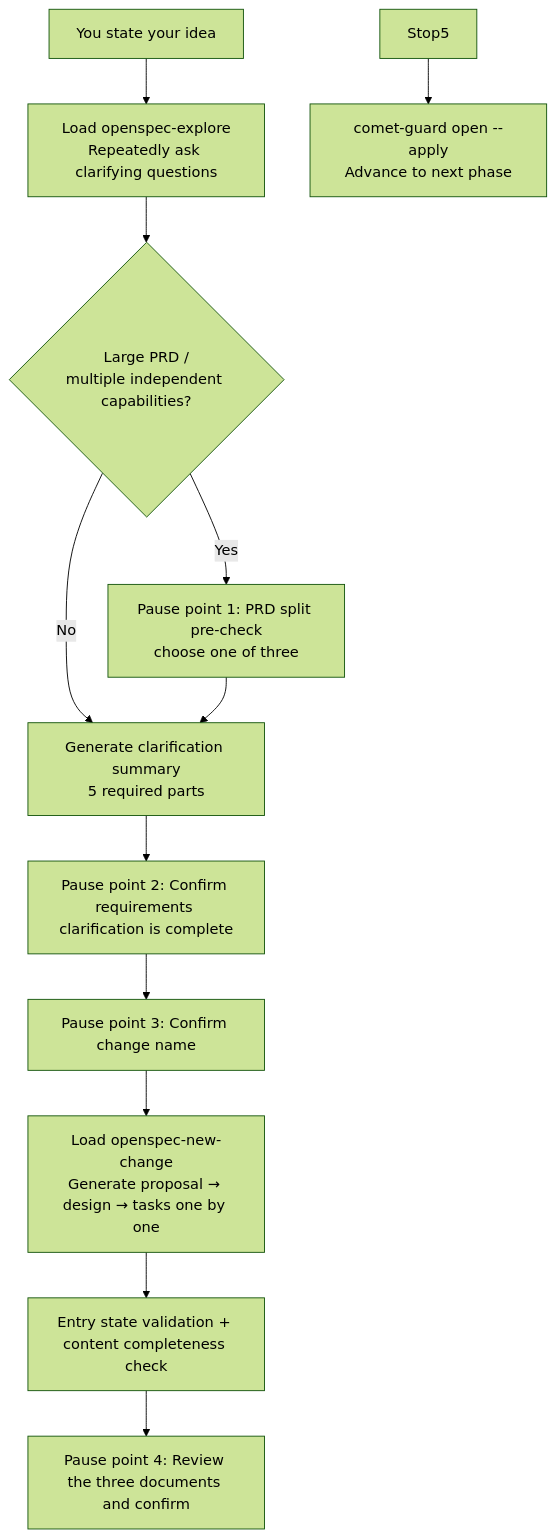
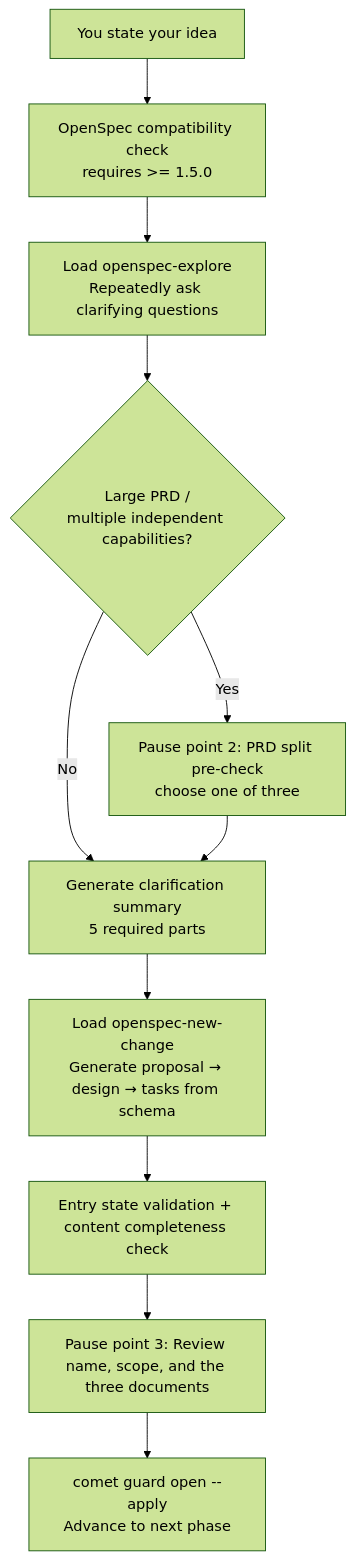
The diagram in en/phases/open.mdx (rpamis/comet-website-docs), drawn with Mermaid (forest theme) before and after one commit. The commit also changed other lines of this file and 17 other files, not shown here.

````diff
--- a/en/phases/open.mdx
+++ b/en/phases/open.mdx
@@ -42,14 +42,13 @@
 ```mermaid
 flowchart TD
-    Start["You state your idea"] --> S1["Load openspec-explore<br/>Repeatedly ask clarifying questions"]
+    Start["You state your idea"] --> Chk["OpenSpec compatibility check<br/>requires >= 1.5.0"]
+    Chk --> S1["Load openspec-explore<br/>Repeatedly ask clarifying questions"]
     S1 --> S1a{"Large PRD /<br/>multiple independent capabilities?"}
-    S1a -->|Yes| Stop1["Pause point 1: PRD split pre-check<br/>choose one of three"]
+    S1a -->|Yes| Stop1["Pause point 2: PRD split pre-check<br/>choose one of three"]
     S1a -->|No| S1sum["Generate clarification summary<br/>5 required parts"]
     Stop1 --> S1sum
-    S1sum --> Stop2["Pause point 2: Confirm requirements clarification is complete"]
-    Stop2 --> Stop3["Pause point 3: Confirm change name"]
-    Stop3 --> S2["Load openspec-new-change<br/>Generate proposal → design → tasks one by one"]
+    S1sum --> S2["Load openspec-new-change<br/>Generate proposal → design → tasks from schema"]
     S2 --> S3["Entry state validation + content completeness check"]
-    S3 --> Stop4["Pause point 4: Review the three documents and confirm"]
-    Stop5 --> Exit["comet-guard open --apply<br/>Advance to next phase"]
+    S3 --> Stop3["Pause point 3: Review name, scope, and the three documents"]
+    Stop3 --> Exit["comet guard open --apply<br/>Advance to next phase"]
 ```
````
